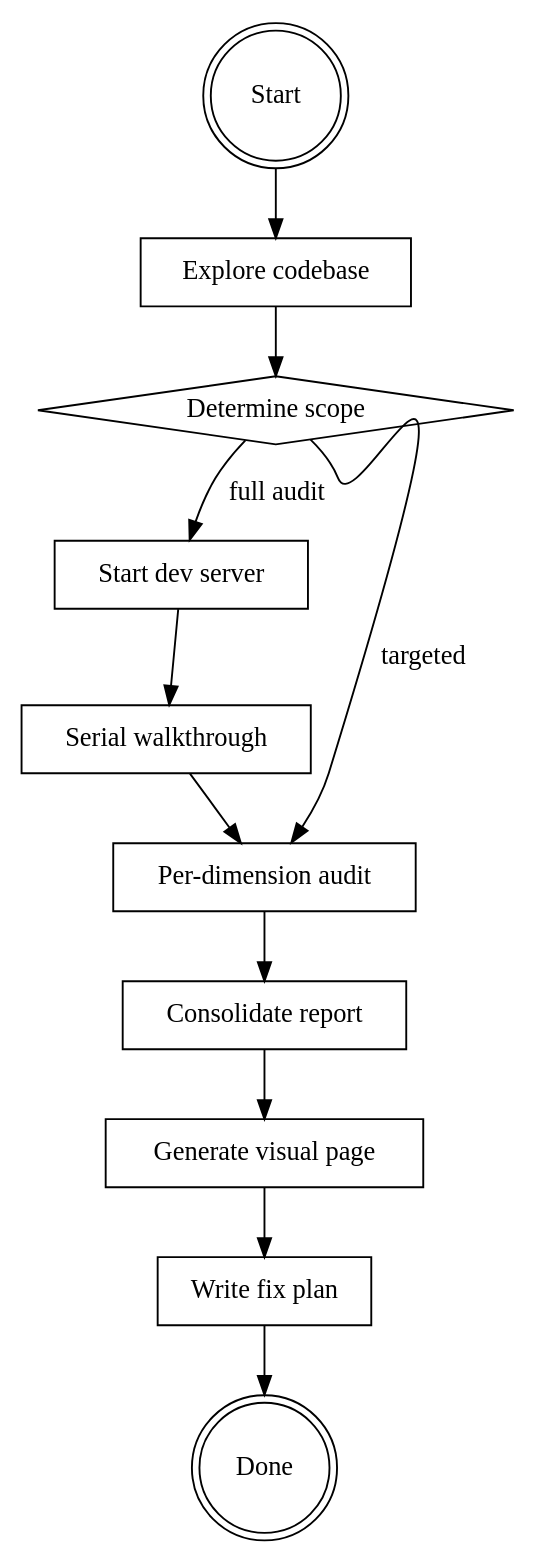
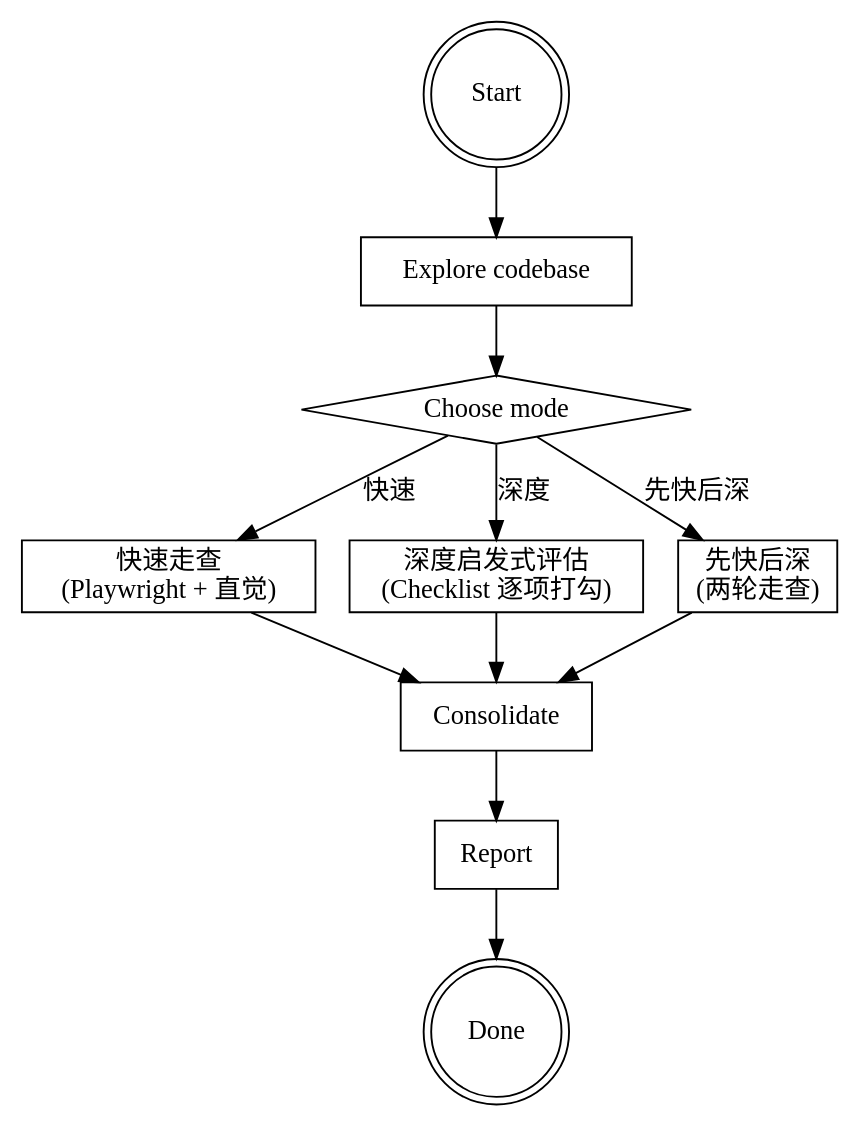
One commit to xdesign678/compound changed the diagram in .claude/skills/体验走查/SKILL.md. Above: the diagram before and after it, drawn with Graphviz. The commit also changed other lines of this file, not shown here.

First line of the commit message:
feat(skill): add dual-mode support to 体验走查

````diff
--- a/.claude/skills/体验走查/SKILL.md
+++ b/.claude/skills/体验走查/SKILL.md
@@ -31,26 +55,25 @@
 ```dot
 digraph ux_walkthrough {
   rankdir=TB;
   "Start" [shape=doublecircle];
   "Explore codebase" [shape=box];
-  "Determine scope" [shape=diamond];
-  "Start dev server" [shape=box];
-  "Serial walkthrough" [shape=box];
-  "Per-dimension audit" [shape=box];
-  "Consolidate report" [shape=box];
-  "Generate visual page" [shape=box];
-  "Write fix plan" [shape=box];
+  "Choose mode" [shape=diamond];
+  "Quick walkthrough" [shape=box, label="快速走查\n(Playwright + 直觉)"];
+  "Deep heuristic" [shape=box, label="深度启发式评估\n(Checklist 逐项打勾)"];
+  "Both" [shape=box, label="先快后深\n(两轮走查)"];
+  "Consolidate" [shape=box];
+  "Report" [shape=box];
   "Done" [shape=doublecircle];
 
   "Start" -> "Explore codebase";
-  "Explore codebase" -> "Determine scope";
-  "Determine scope" -> "Start dev server" [label="full audit"];
-  "Determine scope" -> "Per-dimension audit" [label="targeted"];
-  "Start dev server" -> "Serial walkthrough";
-  "Serial walkthrough" -> "Per-dimension audit";
-  "Per-dimension audit" -> "Consolidate report";
-  "Consolidate report" -> "Generate visual page";
-  "Generate visual page" -> "Write fix plan";
-  "Write fix plan" -> "Done";
+  "Explore codebase" -> "Choose mode";
+  "Choose mode" -> "Quick walkthrough" [label="快速"];
+  "Choose mode" -> "Deep heuristic" [label="深度"];
+  "Choose mode" -> "Both" [label="先快后深"];
+  "Quick walkthrough" -> "Consolidate";
+  "Deep heuristic" -> "Consolidate";
+  "Both" -> "Consolidate";
+  "Consolidate" -> "Report";
+  "Report" -> "Done";
 }
 ```
````
